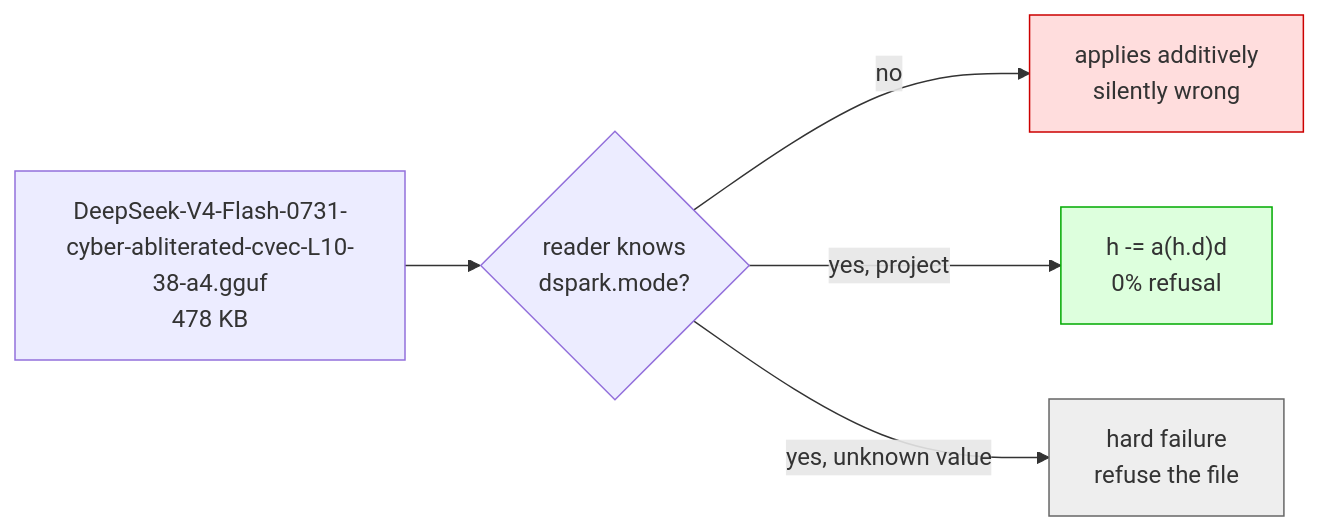
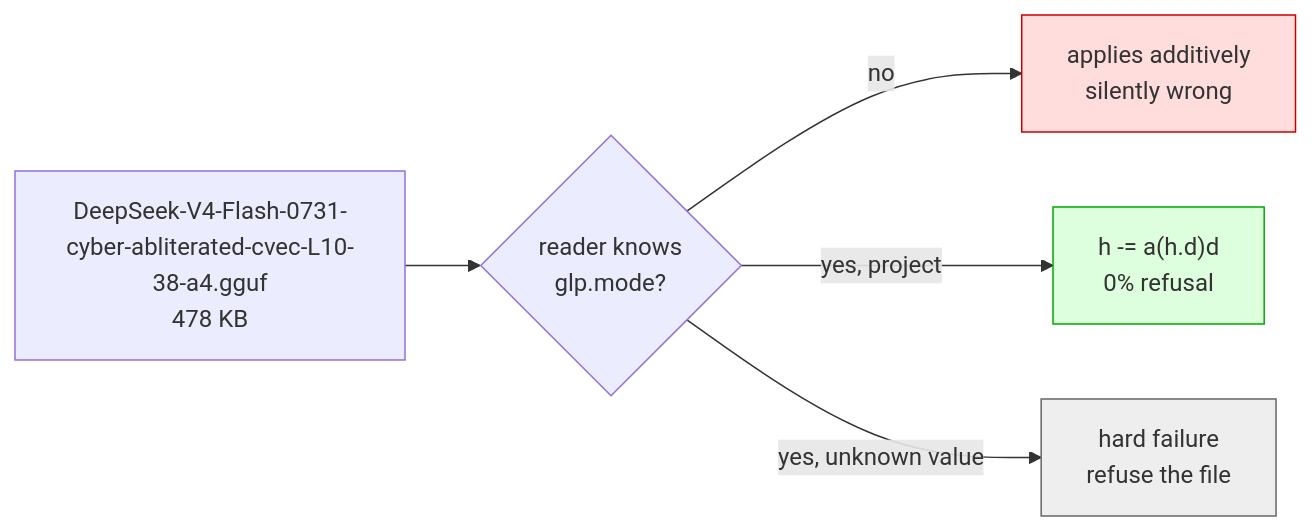
One commit to msuiche/weightless changed the diagram in spec/CONTROL-VECTOR.md. Above: the diagram before and after it, drawn with Mermaid. The commit also changed other lines of this file and 4 other files, not shown here.

Commit message:
Wire format: glp.* is now canonical metadata namespace, dspark.* kept as legacy alias — readers accept both, published GGUFs re-uploaded dual-written (tensors byte-identical)

````diff
--- a/spec/CONTROL-VECTOR.md
+++ b/spec/CONTROL-VECTOR.md
@@ -52,10 +60,10 @@
 ```mermaid
 flowchart LR
-    F["DeepSeek-V4-Flash-0731-cyber-abliterated-cvec-L10-38-a4.gguf<br/>478 KB"] --> R{"reader knows<br/>dspark.mode?"}
+    F["DeepSeek-V4-Flash-0731-cyber-abliterated-cvec-L10-38-a4.gguf<br/>478 KB"] --> R{"reader knows<br/>glp.mode?"}
     R -- "no" --> W["applies additively<br/>silently wrong"]
     R -- "yes, project" --> P["h -= a(h.d)d<br/>0% refusal"]
     R -- "yes, unknown value" --> E["hard failure<br/>refuse the file"]
     style W fill:#fdd,stroke:#c00
     style P fill:#dfd,stroke:#0a0
     style E fill:#eee,stroke:#666
 ```
````
